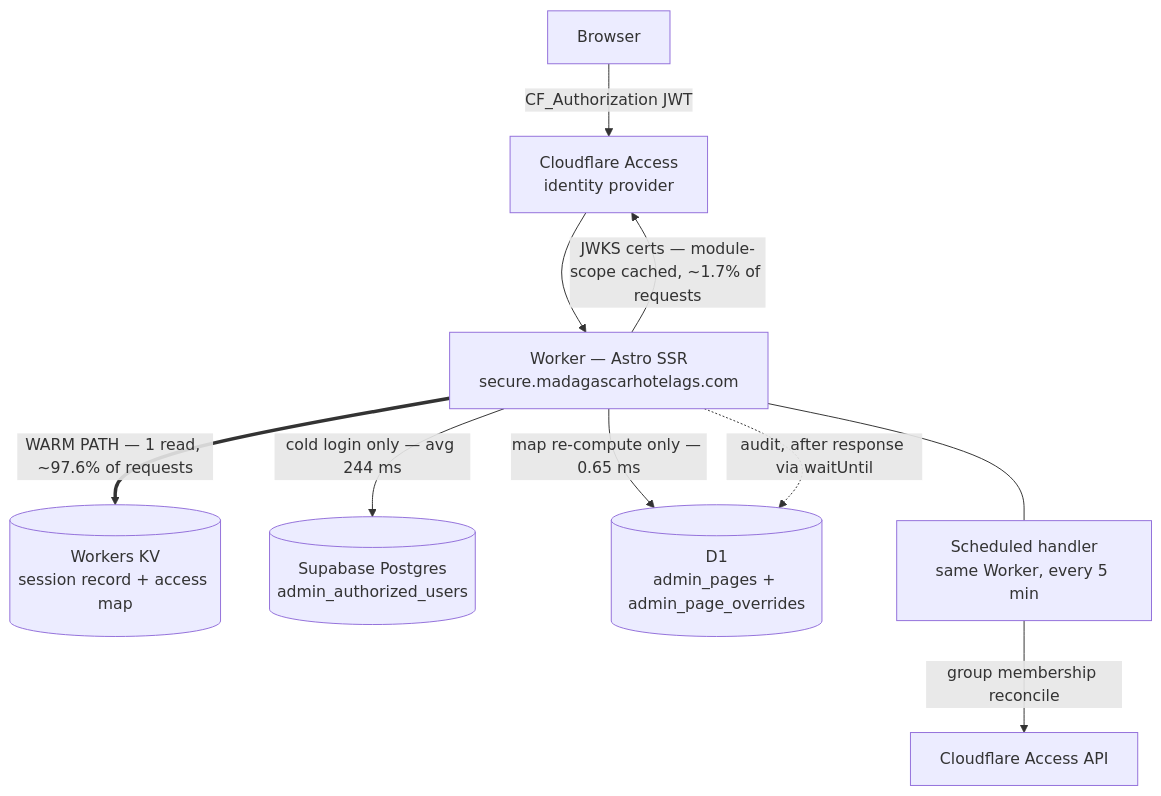
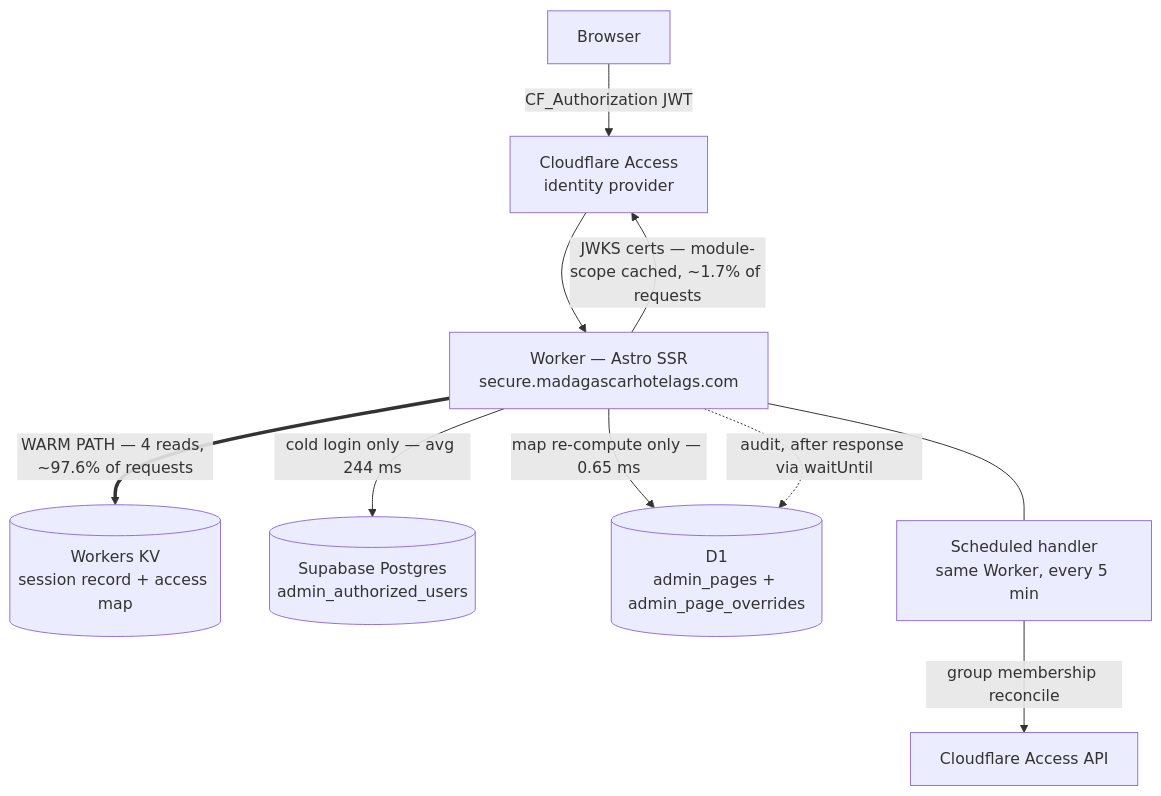
Before and after one commit to Harshil8136/chess-game1: the diagram in synced-docs/cf-admin/documentation/architecture/PERMISSIONS-SYSTEM.md, drawn with Mermaid. The commit also changed other lines of this file and 112 other files, not shown here.

````diff
--- a/synced-docs/cf-admin/documentation/architecture/PERMISSIONS-SYSTEM.md
+++ b/synced-docs/cf-admin/documentation/architecture/PERMISSIONS-SYSTEM.md
@@ -81,14 +93,14 @@
 ```mermaid
 flowchart TD
     U["Browser"] -->|"CF_Authorization JWT"| CFA["Cloudflare Access<br/>identity provider"]
     CFA --> W["Worker — Astro SSR<br/>secure.madagascarhotelags.com"]
     W -->|"JWKS certs — module-scope cached, ~1.7% of requests"| CFA
 
-    W ==>|"WARM PATH — 1 read, ~97.6% of requests"| KV[("Workers KV<br/>session record + access map")]
+    W ==>|"WARM PATH — 4 reads, ~97.6% of requests"| KV[("Workers KV<br/>session record + access map")]
     W -->|"cold login only — avg 244 ms"| SB[("Supabase Postgres<br/>admin_authorized_users")]
     W -->|"map re-compute only — 0.65 ms"| D1[("D1<br/>admin_pages + admin_page_overrides")]
     W -.->|"audit, after response via waitUntil"| D1
 
     W --- SCHED["Scheduled handler<br/>same Worker, every 5 min"]
     SCHED -->|"group membership reconcile"| CFAPI["Cloudflare Access API"]
 ```
````
